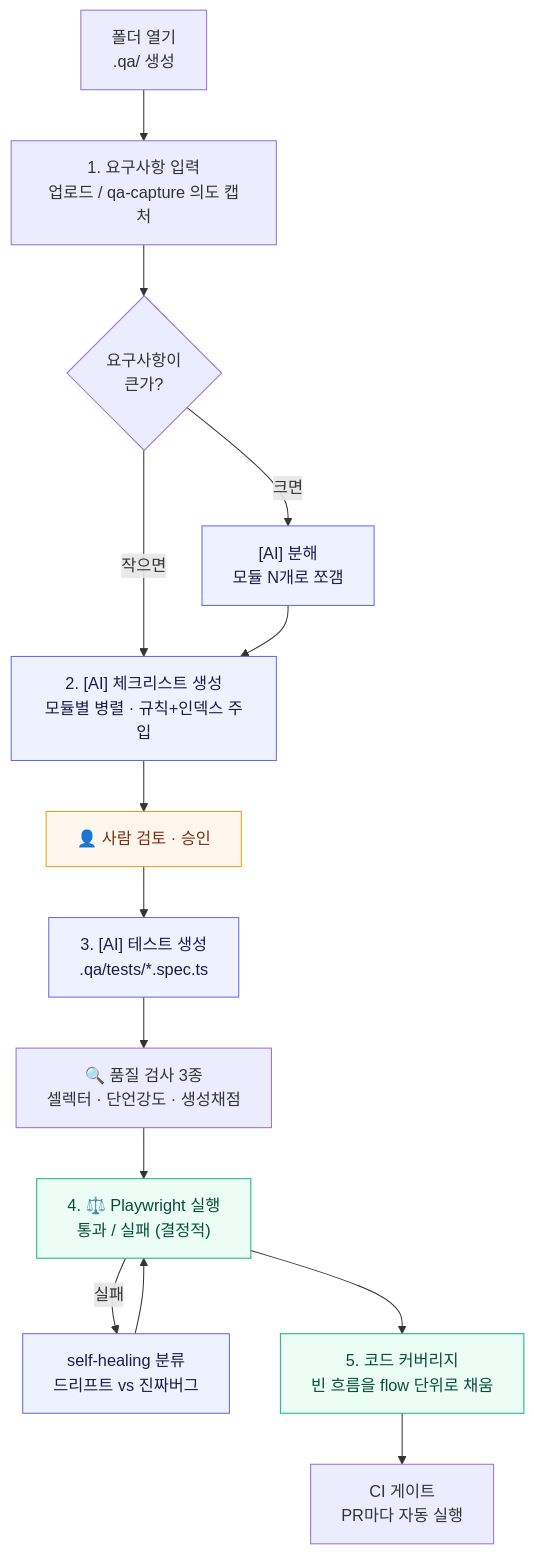
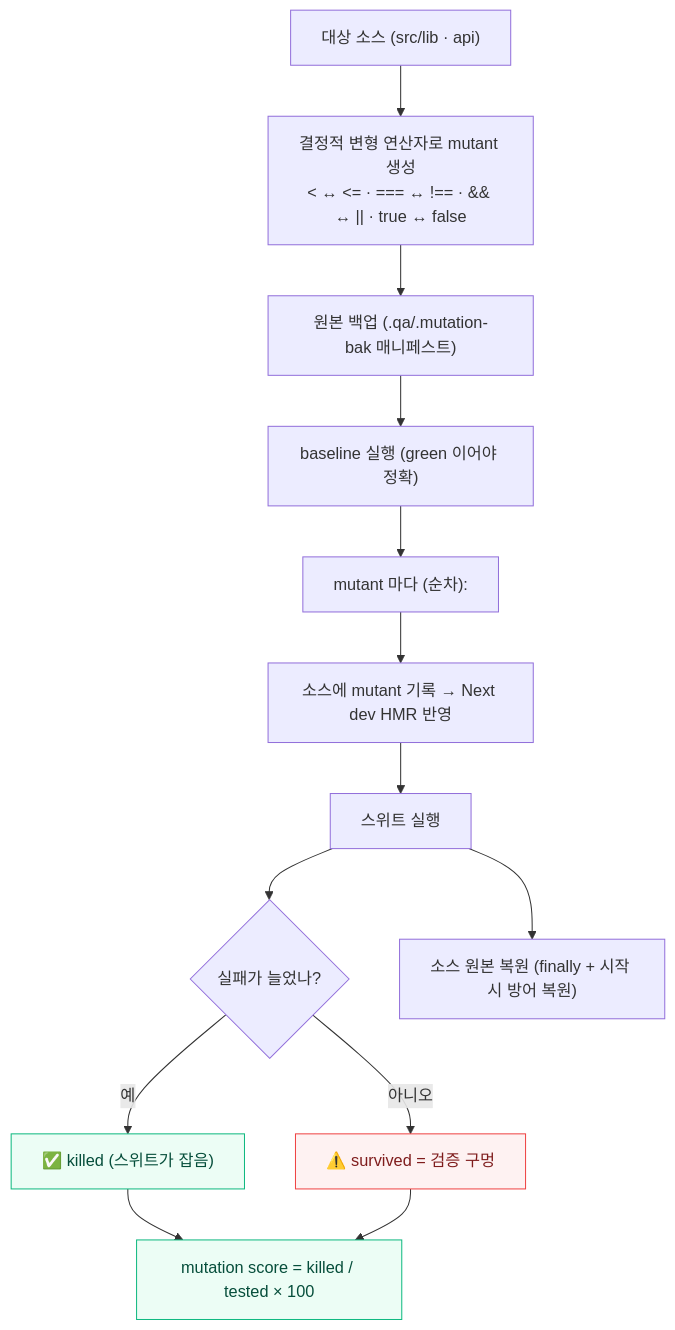
Before and after one commit to hun2zz/auto-qa: the fifth of 9 diagrams in README.md, drawn with Mermaid. The commit also changed other lines of this file, not shown here.

````diff
--- a/README.md
+++ b/README.md
@@ -143,22 +203,18 @@
 ```mermaid
 flowchart TD
-    A["폴더 열기<br/>.qa/ 생성"] --> B["1. 요구사항 입력<br/>업로드 / qa-capture 의도 캡처"]
-    B --> C{"요구사항이<br/>큰가?"}
-    C -->|크면| D["[AI] 분해<br/>모듈 N개로 쪼갬"]
-    C -->|작으면| E
-    D --> E["2. [AI] 체크리스트 생성<br/>모듈별 병렬 · 규칙+인덱스 주입"]
-    E --> F["👤 사람 검토 · 승인"]
-    F --> G["3. [AI] 테스트 생성<br/>.qa/tests/*.spec.ts"]
-    G --> Q["🔍 품질 검사 3종<br/>셀렉터 · 단언강도 · 생성채점"]
-    Q --> H["4. ⚖️ Playwright 실행<br/>통과 / 실패 (결정적)"]
-    H -->|실패| I["self-healing 분류<br/>드리프트 vs 진짜버그"]
-    I --> H
-    H --> J["5. 코드 커버리지<br/>빈 흐름을 flow 단위로 채움"]
-    J --> K["CI 게이트<br/>PR마다 자동 실행"]
-    classDef ai fill:#eef2ff,stroke:#6366f1,color:#1e1b4b
+    F["대상 소스 (src/lib · api)"] --> G["결정적 변형 연산자로 mutant 생성<br/>&lt; ↔ &lt;= · === ↔ !== · && ↔ || · true ↔ false"]
+    G --> BK["원본 백업 (.qa/.mutation-bak 매니페스트)"]
+    BK --> B["baseline 실행 (green 이어야 정확)"]
+    B --> L["mutant 마다 (순차):"]
+    L --> W["소스에 mutant 기록 → Next dev HMR 반영"]
+    W --> RUN["스위트 실행"]
+    RUN --> K{"실패가 늘었나?"}
+    K -->|"예"| KILL["✅ killed (스위트가 잡음)"]
+    K -->|"아니오"| SURV["⚠️ survived = 검증 구멍"]
+    RUN --> RST["소스 원본 복원 (finally + 시작 시 방어 복원)"]
+    KILL & SURV --> SC["mutation score = killed / tested × 100"]
     classDef det fill:#ecfdf5,stroke:#10b981,color:#064e3b
-    classDef human fill:#fff7ed,stroke:#f59e0b,color:#7c2d12
-    class D,E,G,I ai
-    class H,J det
-    class F human
+    classDef bad fill:#fef2f2,stroke:#ef4444,color:#7f1d1d
+    class KILL,SC det
+    class SURV bad
 ```
````
